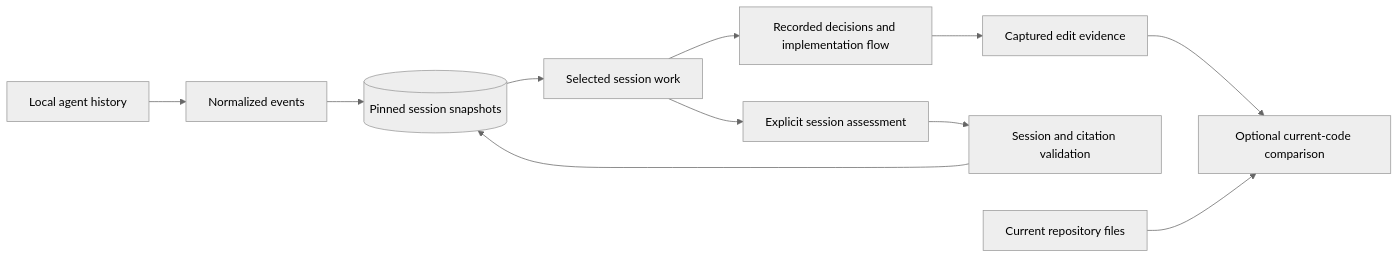
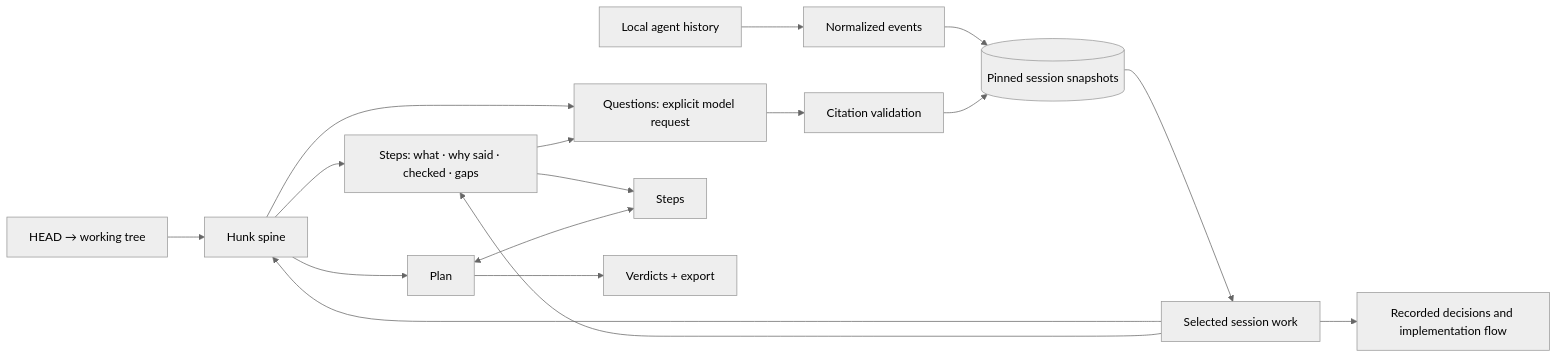
The diagram in docs/architecture.md (grandimam/wy), drawn with Mermaid (neutral theme) before and after one commit. The commit also changed other lines of this file and 23 other files, not shown here.

````diff
--- a/docs/architecture.md
+++ b/docs/architecture.md
@@ -8,13 +13,19 @@
 ```mermaid
 flowchart LR
+  G[HEAD → working tree] --> X[Hunk spine]
   H[Local agent history] --> E[Normalized events]
   E --> DB[(Pinned session snapshots)]
   DB --> W[Selected session work]
+  W --> X
+  W --> S[Steps: what · why said · checked · gaps]
+  X --> S
+  X --> Q[Questions: explicit model request]
+  S --> Q
+  Q --> V[Citation validation]
+  V --> DB
+  X --> J[Plan]
+  S --> A[Steps]
+  J <--> A
+  J --> R[Verdicts + export]
   W --> D[Recorded decisions and implementation flow]
-  W --> A[Explicit session assessment]
-  A --> V[Session and citation validation]
-  V --> DB
-  D --> C[Captured edit evidence]
-  C --> P[Optional current-code comparison]
-  G[Current repository files] --> P
 ```
````
